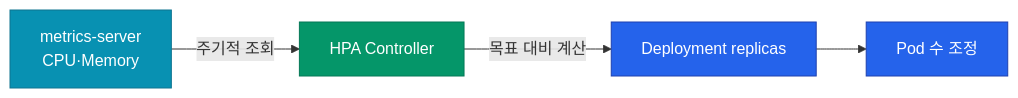
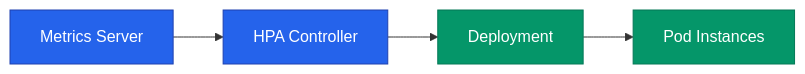
One commit to No1Joon/No1Joon.github.io changed the diagram in _posts/container-orchestration/2026-04-20-kubernetes-04-operations.md. Above: the diagram before and after it, drawn with Mermaid. The commit also changed other lines of this file and 15 other files, not shown here.

````diff
--- a/_posts/container-orchestration/2026-04-20-kubernetes-04-operations.md
+++ b/_posts/container-orchestration/2026-04-20-kubernetes-04-operations.md
@@ -80,19 +32,15 @@
 ```mermaid
 flowchart LR
-    METRIC["metrics-server<br/>CPU·Memory"]
+    Metrics["Metrics Server"]
     HPA["HPA Controller"]
-    DEP["Deployment replicas"]
-    POD["Pod 수 조정"]
+    Dep["Deployment"]
+    Pod["Pod Instances"]
 
-    METRIC -->|"주기적 조회"| HPA
-    HPA -->|"목표 대비 계산"| DEP
-    DEP --> POD
+    Metrics --> HPA --> Dep --> Pod
 
-    classDef metric fill:#0891b2,stroke:#0e7490,color:#ffffff
-    classDef controller fill:#059669,stroke:#047857,color:#ffffff
-    classDef workload fill:#2563eb,stroke:#1e40af,color:#ffffff
+    classDef primary fill:#2563eb,stroke:#1e40af,color:#ffffff
+    classDef success fill:#059669,stroke:#047857,color:#ffffff
 
-    class METRIC metric
-    class HPA controller
-    class DEP,POD workload
+    class Metrics,HPA primary
+    class Dep,Pod success
 ```
````
